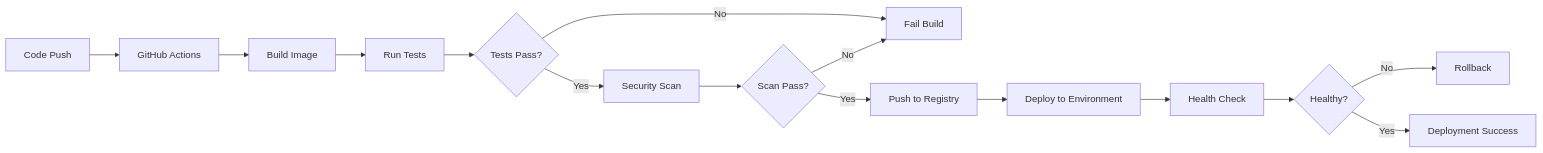
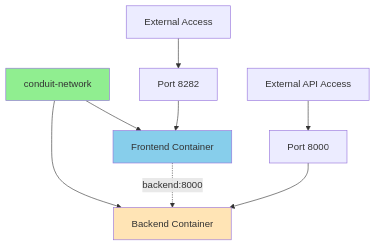
Before and after one commit to 4gh0rn/dev-blog: the sixth of 9 diagrams in docs/projects/conduit-container.md, drawn with Mermaid. The commit also changed other lines of this file and 17 other files, not shown here.

Commit message:
Update Docusaurus configuration: change blog title to 'Dev Sec Ops Blog', add new 'Links' section with personal blog and GitHub links, and enhance contact section with improved messaging and formatting. Update hero section to reflect expanded professional background and focus areas.

````diff
--- a/docs/projects/conduit-container.md
+++ b/docs/projects/conduit-container.md
@@ -150,17 +182,17 @@
 ```mermaid
-flowchart LR
-    A[Code Push] --> B[GitHub Actions]
-    B --> C[Build Image]
-    C --> D[Run Tests]
-    D --> E{Tests Pass?}
-    E -->|No| F[Fail Build]
-    E -->|Yes| G[Security Scan]
-    G --> H{Scan Pass?}
-    H -->|No| F
-    H -->|Yes| I[Push to Registry]
-    I --> J[Deploy to Environment]
-    J --> K[Health Check]
-    K --> L{Healthy?}
-    L -->|No| M[Rollback]
-    L -->|Yes| N[Deployment Success]
+graph TB
+    A[conduit-network] --> B[Backend Container]
+    A --> C[Frontend Container]
+    
+    D[External Access] --> E[Port 8282]
+    E --> C
+    
+    F[External API Access] --> G[Port 8000]
+    G --> B
+    
+    C -.->|backend:8000| B
+    
+    style A fill:#90EE90
+    style B fill:#FFE4B5
+    style C fill:#87CEEB
 ```
````
